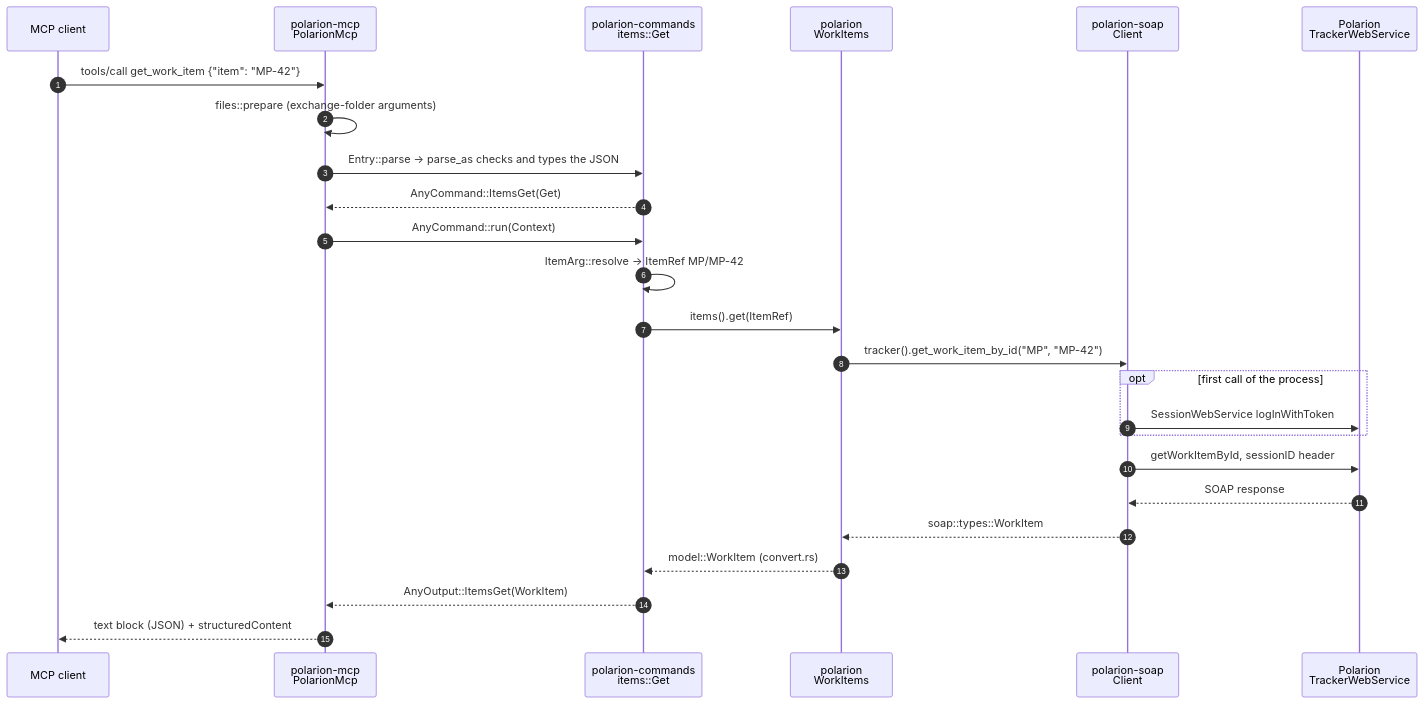
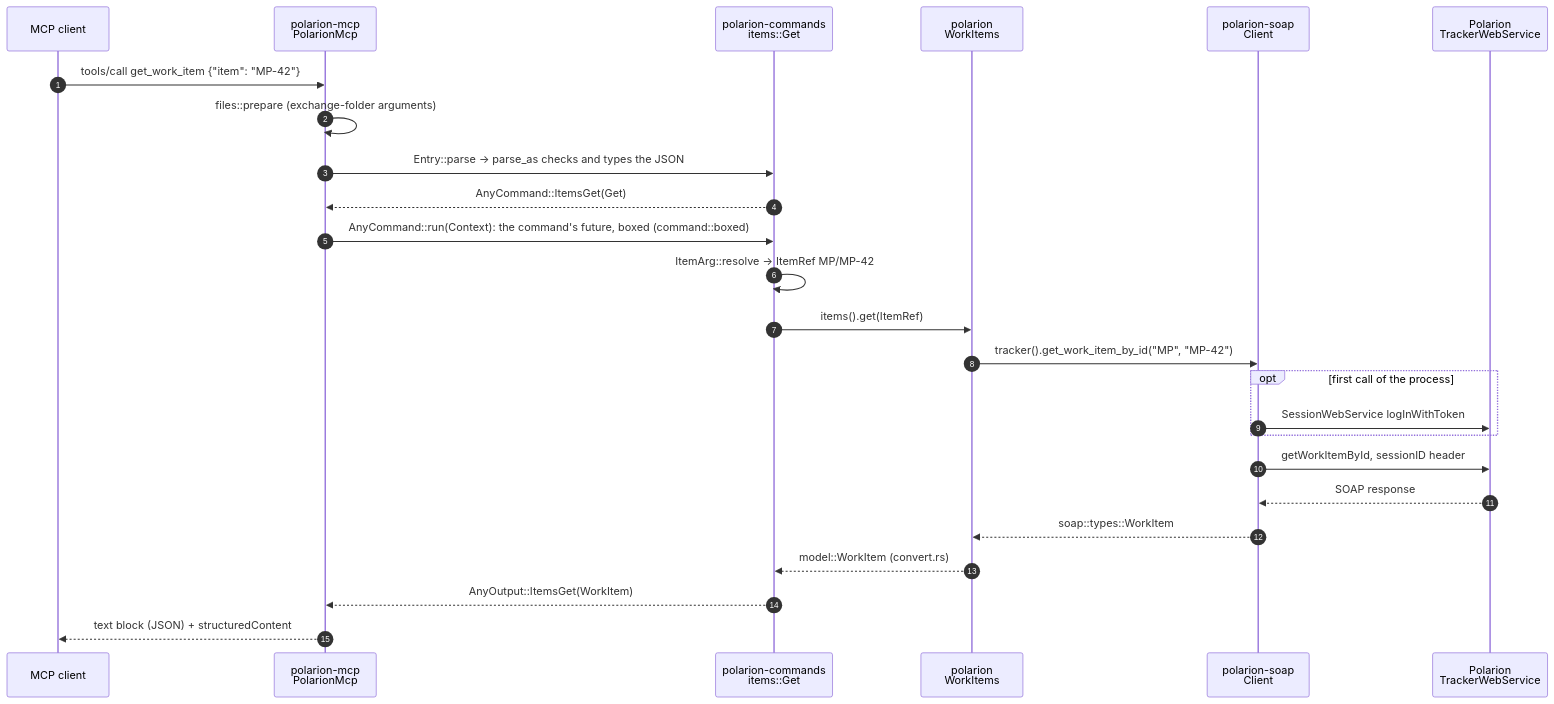
Before and after one commit to KevinGliewe/Polarion-rs: the second of 2 diagrams in docs/architecture.md, drawn with Mermaid. The commit also changed other lines of this file and 210 other files, not shown here.

````diff
--- a/docs/architecture.md
+++ b/docs/architecture.md
@@ -78,28 +85,28 @@
 ```mermaid
 sequenceDiagram
     autonumber
     participant A as MCP client
     participant S as polarion-mcp<br/>PolarionMcp
     participant C as polarion-commands<br/>items::Get
     participant L as polarion<br/>WorkItems
     participant P as polarion-soap<br/>Client
     participant T as Polarion<br/>TrackerWebService
 
     A->>S: tools/call get_work_item {"item": "MP-42"}
     S->>S: files::prepare (exchange-folder arguments)
     S->>C: Entry::parse → parse_as checks and types the JSON
     C-->>S: AnyCommand::ItemsGet(Get)
-    S->>C: AnyCommand::run(Context)
+    S->>C: AnyCommand::run(Context): the command's future, boxed (command::boxed)
     C->>C: ItemArg::resolve → ItemRef MP/MP-42
     C->>L: items().get(ItemRef)
     L->>P: tracker().get_work_item_by_id("MP", "MP-42")
     opt first call of the process
         P->>T: SessionWebService logInWithToken
     end
     P->>T: getWorkItemById, sessionID header
     T-->>P: SOAP response
     P-->>L: soap::types::WorkItem
     L-->>C: model::WorkItem (convert.rs)
     C-->>S: AnyOutput::ItemsGet(WorkItem)
     S-->>A: text block (JSON) + structuredContent
 ```
````
